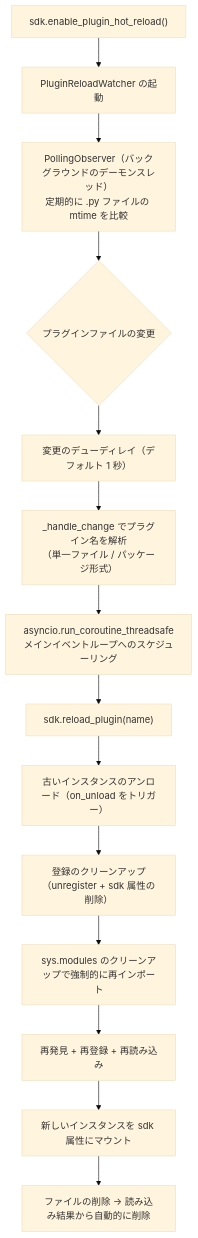
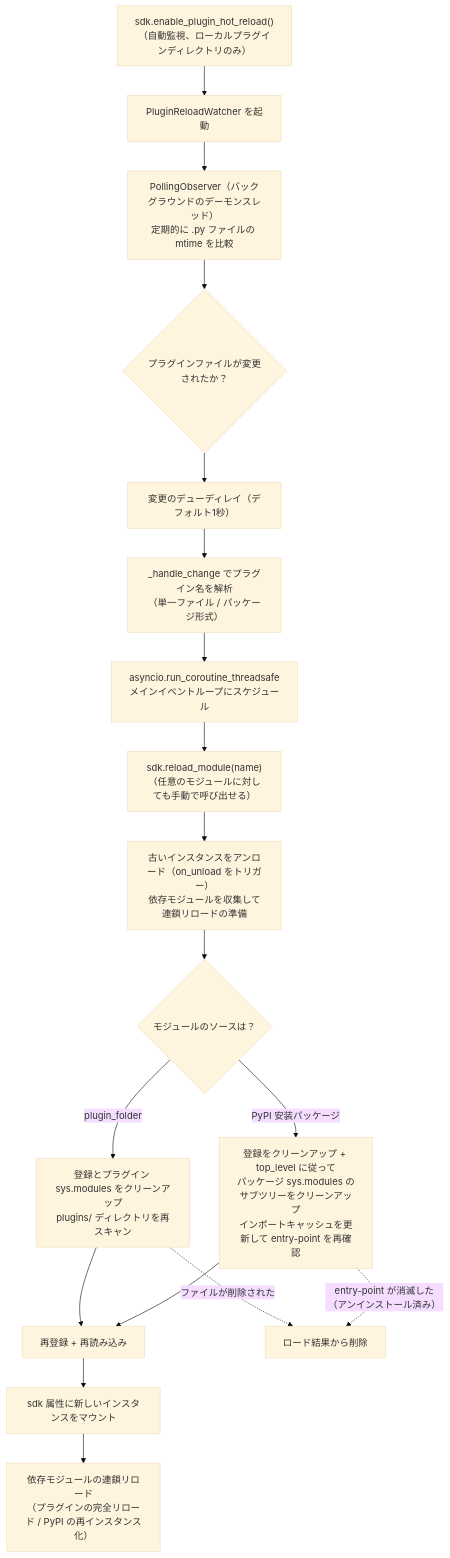
One commit to ErisPulse/ErisPulse changed the ninth of 9 diagrams in docs/ja/architecture.md. Above: the diagram before and after it, drawn with Mermaid (base theme). The commit also changed other lines of this file and 91 other files, not shown here.

````diff
--- a/docs/ja/architecture.md
+++ b/docs/ja/architecture.md
@@ -285,16 +285,20 @@
 ```mermaid
 flowchart TD
-    A["sdk.enable_plugin_hot_reload()"] --> B["PluginReloadWatcher の起動"]
+    A["sdk.enable_plugin_hot_reload()<br/>（自動監視、ローカルプラグインディレクトリのみ）"] --> B["PluginReloadWatcher を起動"]
     B --> C["PollingObserver（バックグラウンドのデーモンスレッド）<br/>定期的に .py ファイルの mtime を比較"]
-    C --> D{"プラグインファイルの変更"}
-    D --> E["変更のデューディレイ（デフォルト 1 秒）"]
+    C --> D{"プラグインファイルが変更されたか？"}
+    D --> E["変更のデューディレイ（デフォルト1秒）"]
     E --> F["_handle_change でプラグイン名を解析<br/>（単一ファイル / パッケージ形式）"]
-    F --> G["asyncio.run_coroutine_threadsafe<br/>メインイベントループへのスケジューリング"]
-    G --> H["sdk.reload_plugin(name)"]
-    H --> I["古いインスタンスのアンロード（on_unload をトリガー）"]
-    I --> J["登録のクリーンアップ（unregister + sdk 属性の削除）"]
-    J --> K["sys.modules のクリーンアップで強制的に再インポート"]
-    K --> L["再発見 + 再登録 + 再読み込み"]
-    L --> M["新しいインスタンスを sdk 属性にマウント"]
-    M --> N["ファイルの削除 → 読み込み結果から自動的に削除"]
+    F --> G["asyncio.run_coroutine_threadsafe<br/>メインイベントループにスケジュール"]
+    G --> H["sdk.reload_module(name)<br/>（任意のモジュールに対しても手動で呼び出せる）"]
+    H --> I["古いインスタンスをアンロード（on_unload をトリガー）<br/>依存モジュールを収集して連鎖リロードの準備"] 
+    I --> J{"モジュールのソースは？"}
+    J -->|"plugin_folder"| K["登録とプラグイン sys.modules をクリーンアップ<br/>plugins/ ディレクトリを再スキャン"]
+    J -->|"PyPI 安装パッケージ"| L["登録をクリーンアップ + top_level に従って<br/>パッケージ sys.modules のサブツリーをクリーンアップ<br/>インポートキャッシュを更新して entry-point を再確認"]
+    K --> M["再登録 + 再読み込み"]
+    L --> M
+    M --> N["sdk 属性に新しいインスタンスをマウント"]
+    N --> O["依存モジュールの連鎖リロード<br/>（プラグインの完全リロード / PyPI の再インスタンス化）"]
+    K -.->|"ファイルが削除された"| P["ロード結果から削除"]
+    L -.->|"entry-point が消滅した（アンインストール済み）"| P
 ```
````
